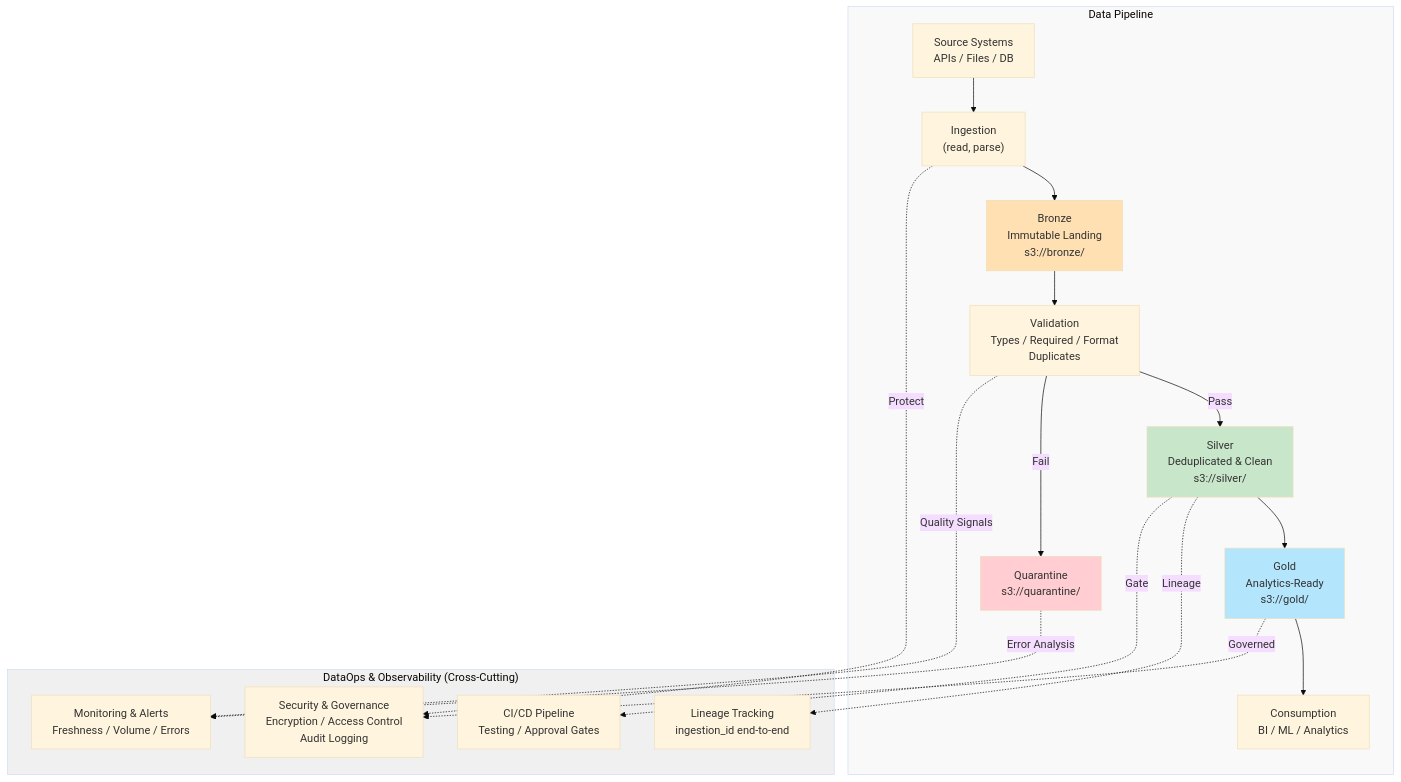
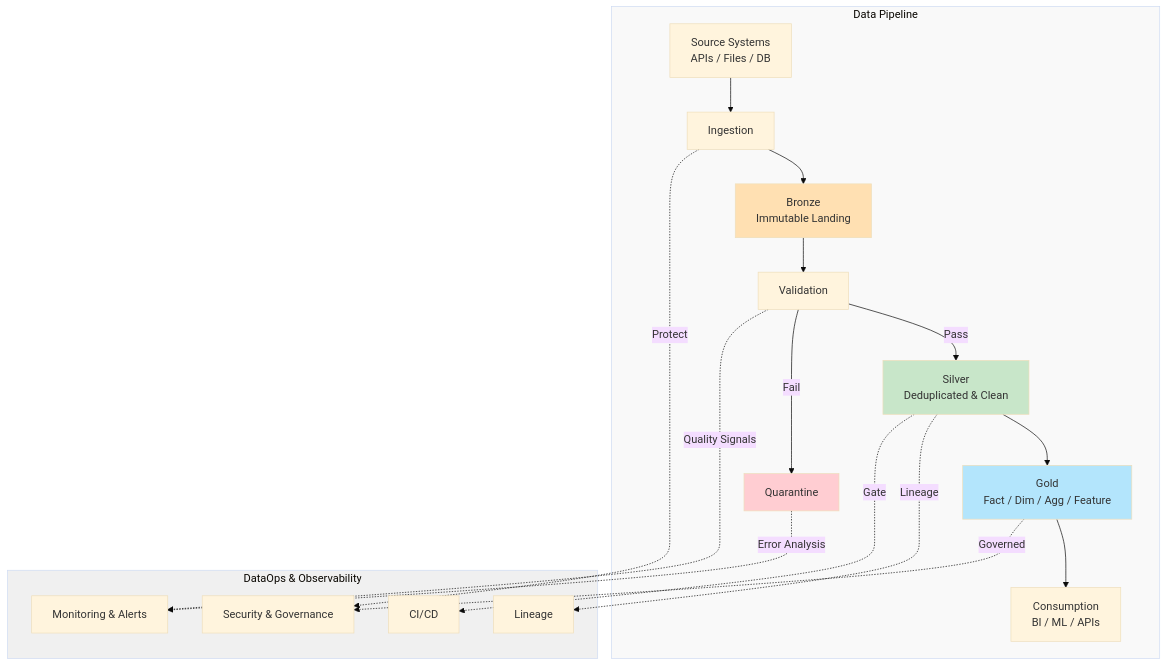
The diagram in ARCHITECTURE.md (rockyzhoulei/principal-data-engineer-takehome), drawn with Mermaid (base theme) before and after one commit. The commit also changed other lines of this file, not shown here.

Commit message:
update architecture

````diff
--- a/ARCHITECTURE.md
+++ b/ARCHITECTURE.md
@@ -23,41 +27,38 @@
 ```mermaid
 graph TB
     subgraph PIPELINE["Data Pipeline"]
         SOURCE["Source Systems<br/>APIs / Files / DB"]
-        ING["Ingestion<br/>(read, parse)"]
-        BRONZE["Bronze<br/>Immutable Landing<br/>s3://bronze/"]
-        VAL["Validation<br/>Types / Required / Format<br/>Duplicates"]
-        QUARANTINE["Quarantine<br/>s3://quarantine/"]
-        SILVER["Silver<br/>Deduplicated & Clean<br/>s3://silver/"]
-        GOLD["Gold<br/>Analytics-Ready<br/>s3://gold/"]
-        CONSUME["Consumption<br/>BI / ML / Analytics"]
+        ING["Ingestion"]
+        BRONZE["Bronze<br/>Immutable Landing"]
+        VAL["Validation"]
+        QUARANTINE["Quarantine"]
+        SILVER["Silver<br/>Deduplicated & Clean"]
+        GOLD["Gold<br/>Fact / Dim / Agg / Feature"]
+        CONSUME["Consumption<br/>BI / ML / APIs"]
     end
-    
-    subgraph CROSSCUTTING["DataOps & Observability (Cross-Cutting)"]
-        LINEAGE["Lineage Tracking<br/>ingestion_id end-to-end"]
-        MONITORING["Monitoring & Alerts<br/>Freshness / Volume / Errors"]
-        SECURITY["Security & Governance<br/>Encryption / Access Control<br/>Audit Logging"]
-        CICD["CI/CD Pipeline<br/>Testing / Approval Gates"]
+
+    subgraph CROSSCUTTING["DataOps & Observability"]
+        LINEAGE["Lineage"]
+        MONITORING["Monitoring & Alerts"]
+        SECURITY["Security & Governance"]
+        CICD["CI/CD"]
     end
-    
-    SOURCE --> ING
-    ING --> BRONZE
-    BRONZE --> VAL
+
+    SOURCE --> ING --> BRONZE --> VAL
     VAL -->|Pass| SILVER
     VAL -->|Fail| QUARANTINE
-    SILVER --> GOLD
-    GOLD --> CONSUME
+    SILVER --> GOLD --> CONSUME
     QUARANTINE -.->|Error Analysis| MONITORING
     VAL -.->|Quality Signals| MONITORING
     SILVER -.->|Lineage| LINEAGE
     ING -.->|Protect| SECURITY
     GOLD -.->|Governed| SECURITY
     SILVER -.->|Gate| CICD
-    
+
     style PIPELINE fill:#f9f9f9
     style CROSSCUTTING fill:#f0f0f0
     style BRONZE fill:#ffe0b2
     style QUARANTINE fill:#ffcdd2
     style SILVER fill:#c8e6c9
     style GOLD fill:#b3e5fc
 ```
````
